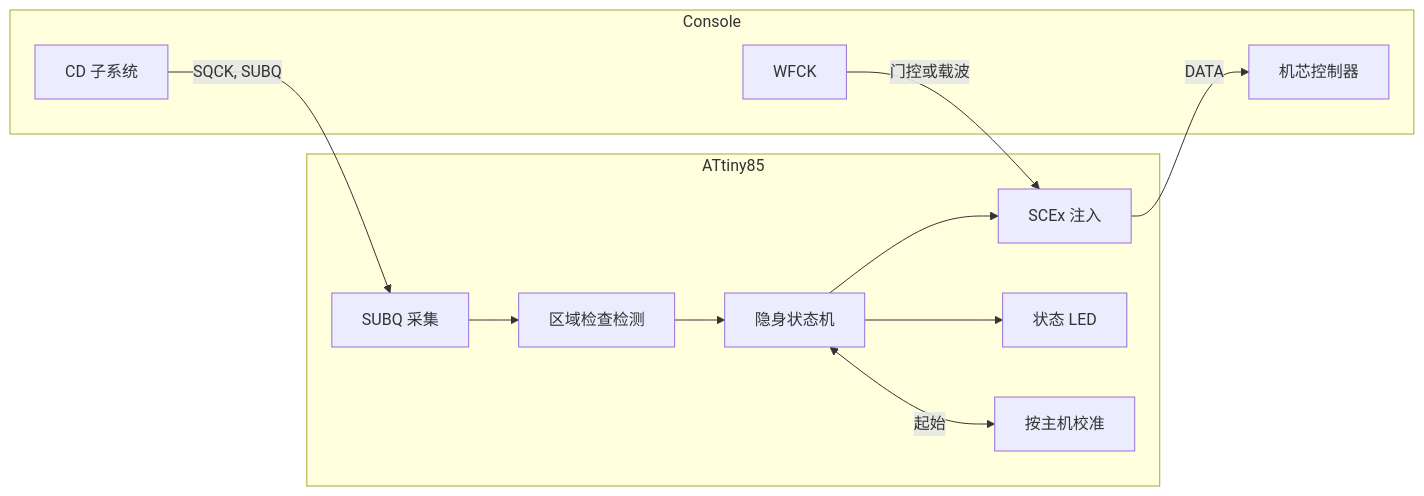
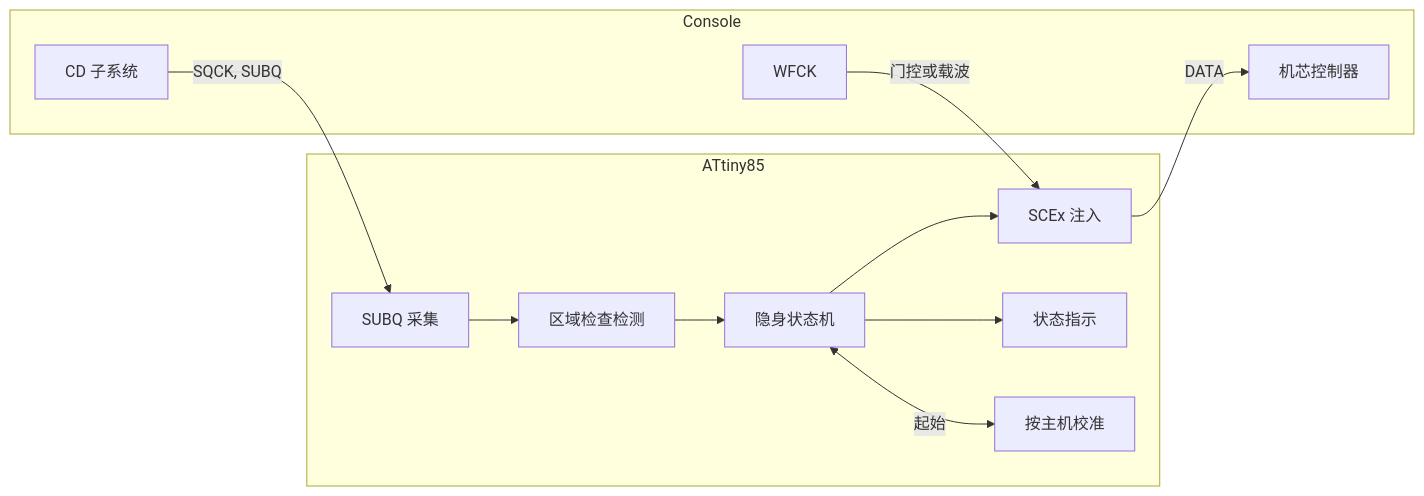
The diagram in README.zh.md (gufranco/openscex-modchip), drawn with Mermaid before and after one commit. The commit also changed other lines of this file and 30 other files, not shown here.

````diff
--- a/README.zh.md
+++ b/README.zh.md
@@ -227,22 +227,22 @@
 ```mermaid
 graph LR
     subgraph Console
         CD[CD 子系统]
         WF[WFCK]
         MECH[机芯控制器]
     end
     subgraph ATtiny85
         CAP[SUBQ 采集]
         DET[区域检查检测]
         ST[隐身状态机]
         INJ[SCEx 注入]
-        LED[状态 LED]
+        IND[状态指示]
         CAL[按主机校准]
     end
     CD -->|SQCK, SUBQ| CAP
     CAP --> DET --> ST --> INJ
-    ST --> LED
+    ST --> IND
     ST <-->|起始| CAL
     WF -->|门控或载波| INJ
     INJ -->|DATA| MECH
 ```
````
